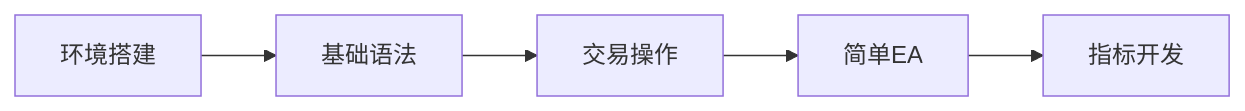
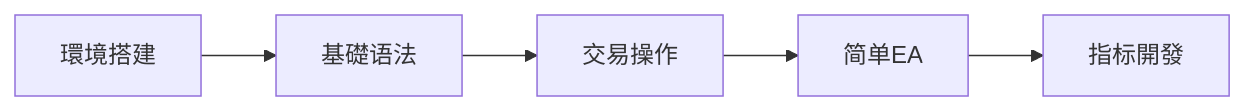
One commit to kmjade/knowledge-value changed the second of 4 diagrams in 3 Resources/01-Tech/Programming/MQL4-MQL5/MQL4与MQL5知识库导航.md. Above: the diagram before and after it, drawn with Mermaid. The commit also changed other lines of this file and 653 other files, not shown here.

````diff
--- a/3 Resources/01-Tech/Programming/MQL4-MQL5/MQL4与MQL5知识库导航.md
+++ b/3 Resources/01-Tech/Programming/MQL4-MQL5/MQL4与MQL5知识库导航.md
@@ -111,7 +111,7 @@
 ```mermaid
 graph LR
-    A[环境搭建] --> B[基础语法]
+    A[環境搭建] --> B[基礎语法]
     B --> C[交易操作]
     C --> D[简单EA]
-    D --> E[指标开发]
+    D --> E[指标開發]
 ```
````
